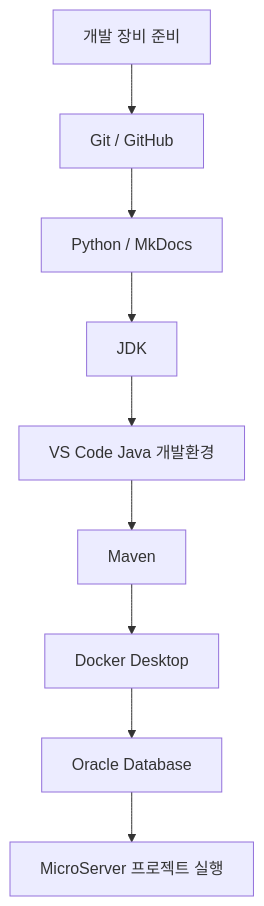
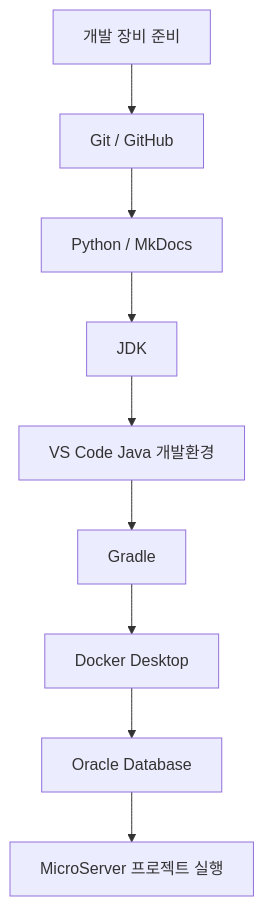
One commit to Team-Microserver/microserver-docs changed the third of 3 diagrams in docs/01_project_start/02_environment/development_device.md. Above: the diagram before and after it, drawn with Mermaid. The commit also changed other lines of this file and 30 other files, not shown here.

````diff
--- a/docs/01_project_start/02_environment/development_device.md
+++ b/docs/01_project_start/02_environment/development_device.md
@@ -290,11 +290,11 @@
 ```mermaid
 flowchart TD
     A[개발 장비 준비] --> B[Git / GitHub]
     B --> C[Python / MkDocs]
     C --> D[JDK]
     D --> E[VS Code Java 개발환경]
-    E --> F[Maven]
+    E --> F[Gradle]
     F --> G[Docker Desktop]
     G --> H[Oracle Database]
     H --> I[MicroServer 프로젝트 실행]
 ```
````
